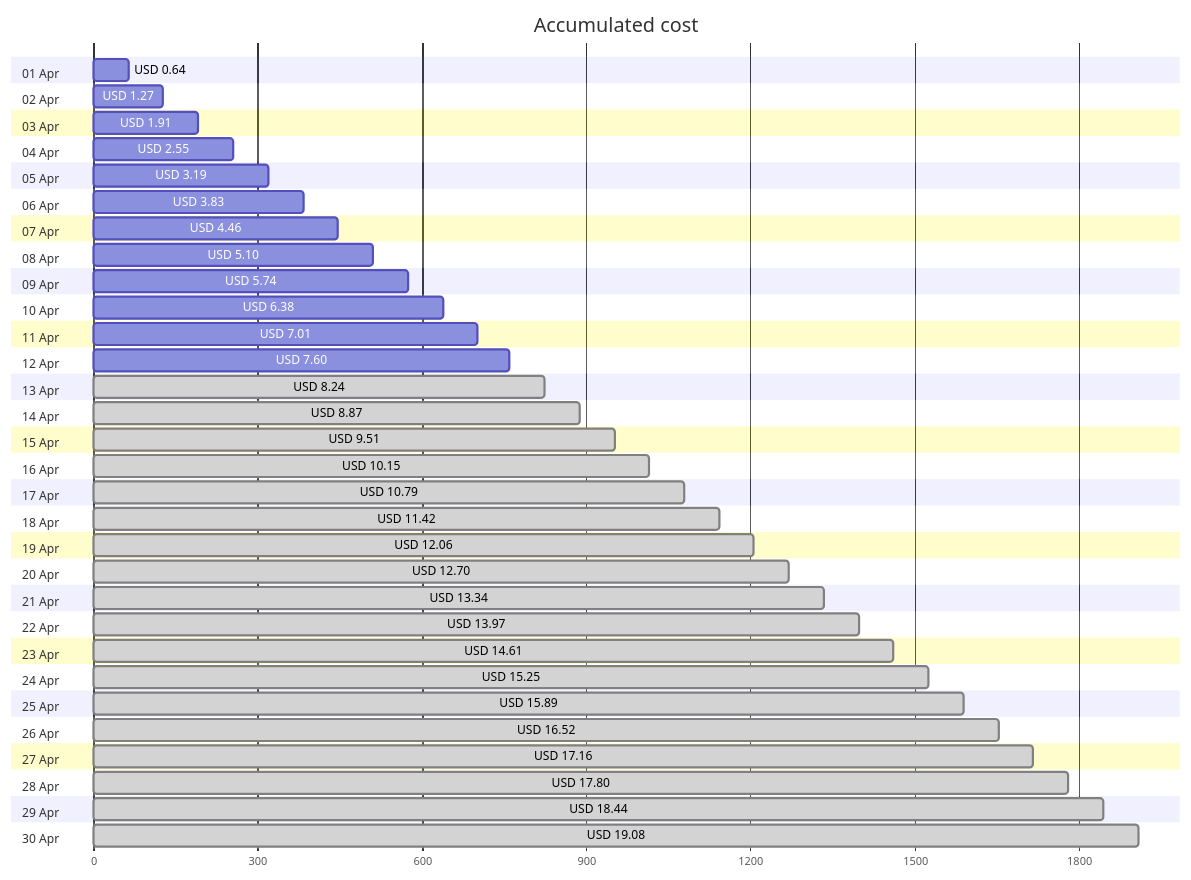
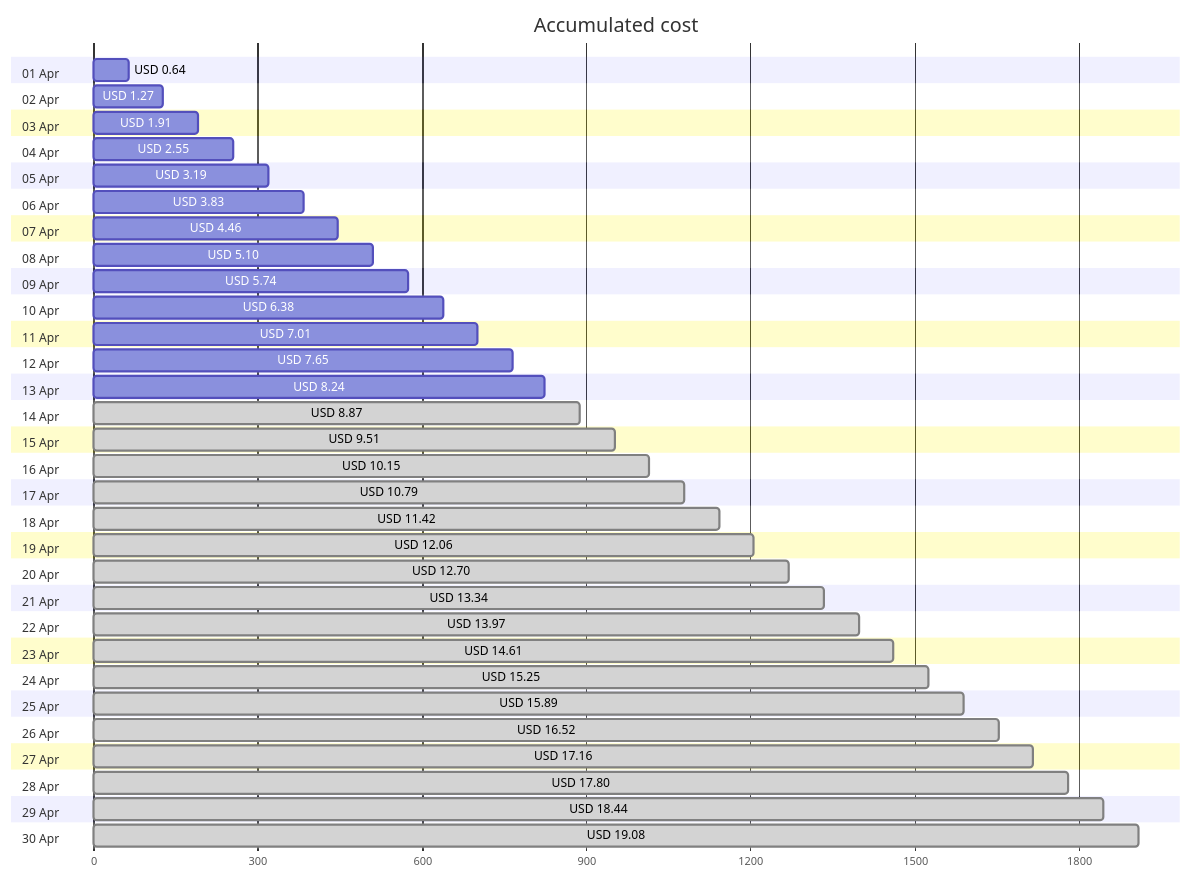
One commit to jpfulton/azure-personal-reports changed the first of 4 diagrams in cost-reports/accumulated-cost.md. Above: the diagram before and after it, drawn with Mermaid. The commit also changed other lines of this file and 4 other files, not shown here.

````diff
--- a/cost-reports/accumulated-cost.md
+++ b/cost-reports/accumulated-cost.md
@@ -20,66 +20,66 @@
 ```mermaid
 gantt
    title Accumulated cost
    dateFormat  X
    axisFormat %s
    section 01 Apr
    USD 0.64 :0, 64
    section 02 Apr
    USD 1.27 :0, 127
    section 03 Apr
    USD 1.91 :0, 191
    section 04 Apr
    USD 2.55 :0, 255
    section 05 Apr
    USD 3.19 :0, 319
    section 06 Apr
    USD 3.83 :0, 383
    section 07 Apr
    USD 4.46 :0, 446
    section 08 Apr
    USD 5.10 :0, 510
    section 09 Apr
    USD 5.74 :0, 574
    section 10 Apr
    USD 6.38 :0, 638
    section 11 Apr
    USD 7.01 :0, 701
    section 12 Apr
-   USD 7.60 :0, 760
+   USD 7.65 :0, 765
    section 13 Apr
-   USD 8.24 : done, 0, 824
+   USD 8.24 :0, 824
    section 14 Apr
    USD 8.87 : done, 0, 887
    section 15 Apr
    USD 9.51 : done, 0, 951
    section 16 Apr
    USD 10.15 : done, 0, 1015
    section 17 Apr
    USD 10.79 : done, 0, 1079
    section 18 Apr
    USD 11.42 : done, 0, 1142
    section 19 Apr
    USD 12.06 : done, 0, 1206
    section 20 Apr
    USD 12.70 : done, 0, 1270
    section 21 Apr
    USD 13.34 : done, 0, 1334
    section 22 Apr
    USD 13.97 : done, 0, 1397
    section 23 Apr
    USD 14.61 : done, 0, 1461
    section 24 Apr
    USD 15.25 : done, 0, 1525
    section 25 Apr
    USD 15.89 : done, 0, 1589
    section 26 Apr
    USD 16.52 : done, 0, 1652
    section 27 Apr
    USD 17.16 : done, 0, 1716
    section 28 Apr
    USD 17.80 : done, 0, 1780
    section 29 Apr
    USD 18.44 : done, 0, 1844
    section 30 Apr
    USD 19.08 : done, 0, 1908
 ```
````
